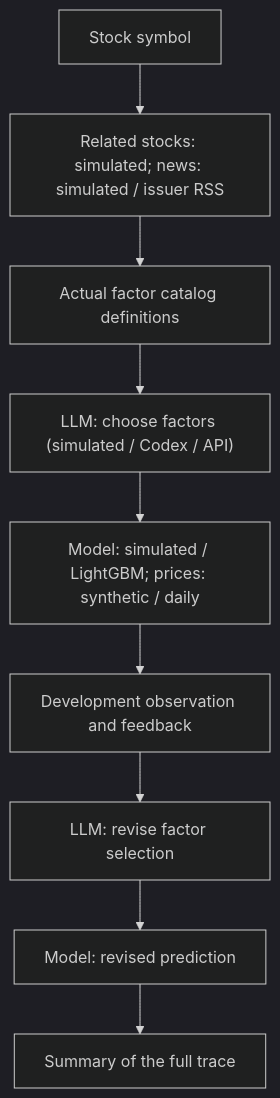
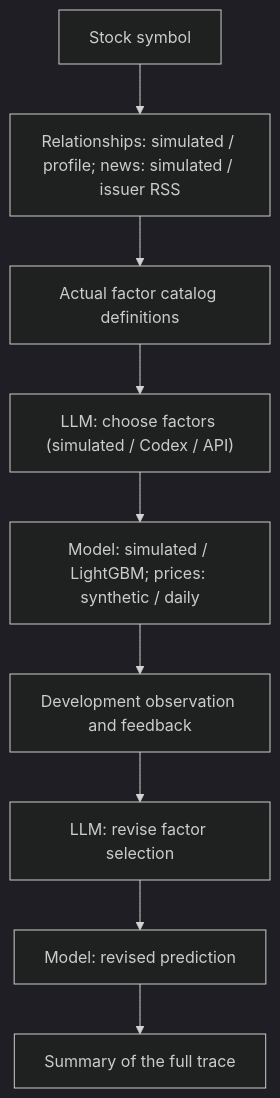
One commit to chickeyton/Quant_RSI changed the second of 2 diagrams in README.md. Above: the diagram before and after it, drawn with Mermaid (dark theme). The commit also changed other lines of this file and 9 other files, not shown here.

````diff
--- a/README.md
+++ b/README.md
@@ -76,11 +77,11 @@
 ```mermaid
 flowchart TD
-    A["Stock symbol"] --> B["Related stocks: simulated; news: simulated / issuer RSS"]
+    A["Stock symbol"] --> B["Relationships: simulated / profile; news: simulated / issuer RSS"]
     B --> C["Actual factor catalog definitions"]
     C --> D["LLM: choose factors (simulated / Codex / API)"]
     D --> E["Model: simulated / LightGBM; prices: synthetic / daily"]
     E --> F["Development observation and feedback"]
     F --> G["LLM: revise factor selection"]
     G --> H["Model: revised prediction"]
     H --> I["Summary of the full trace"]
 ```
````
